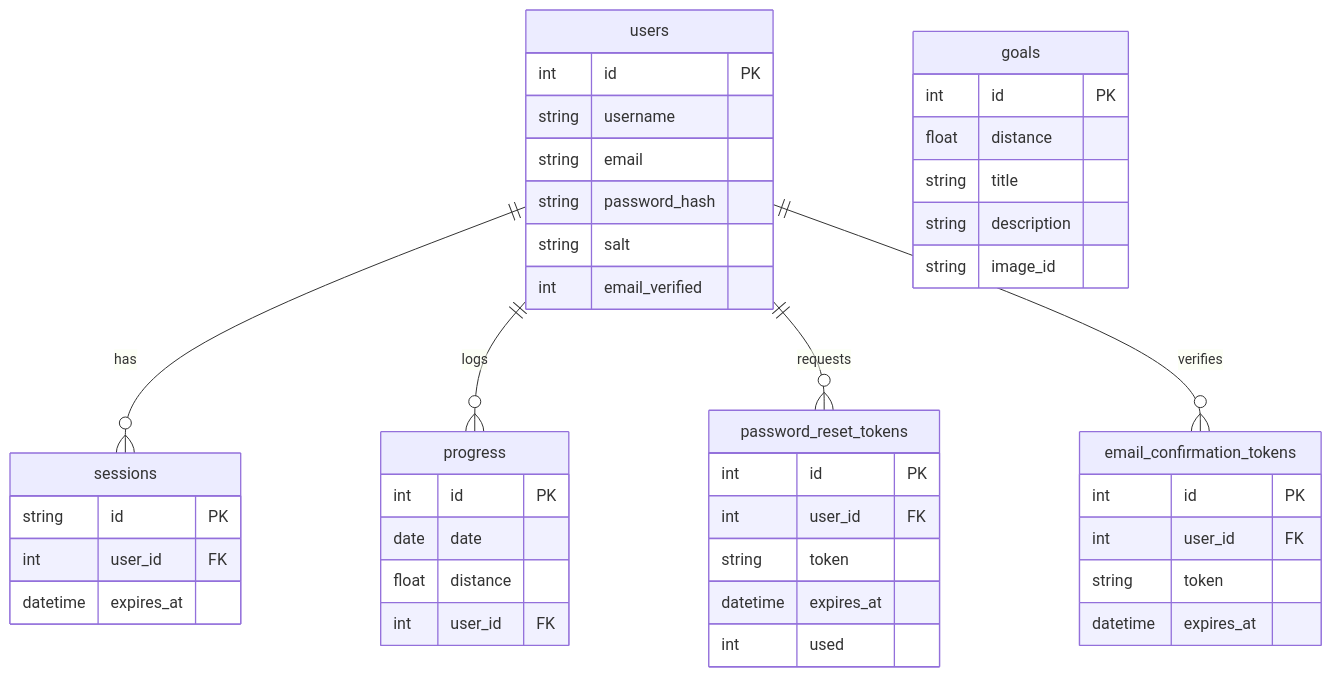
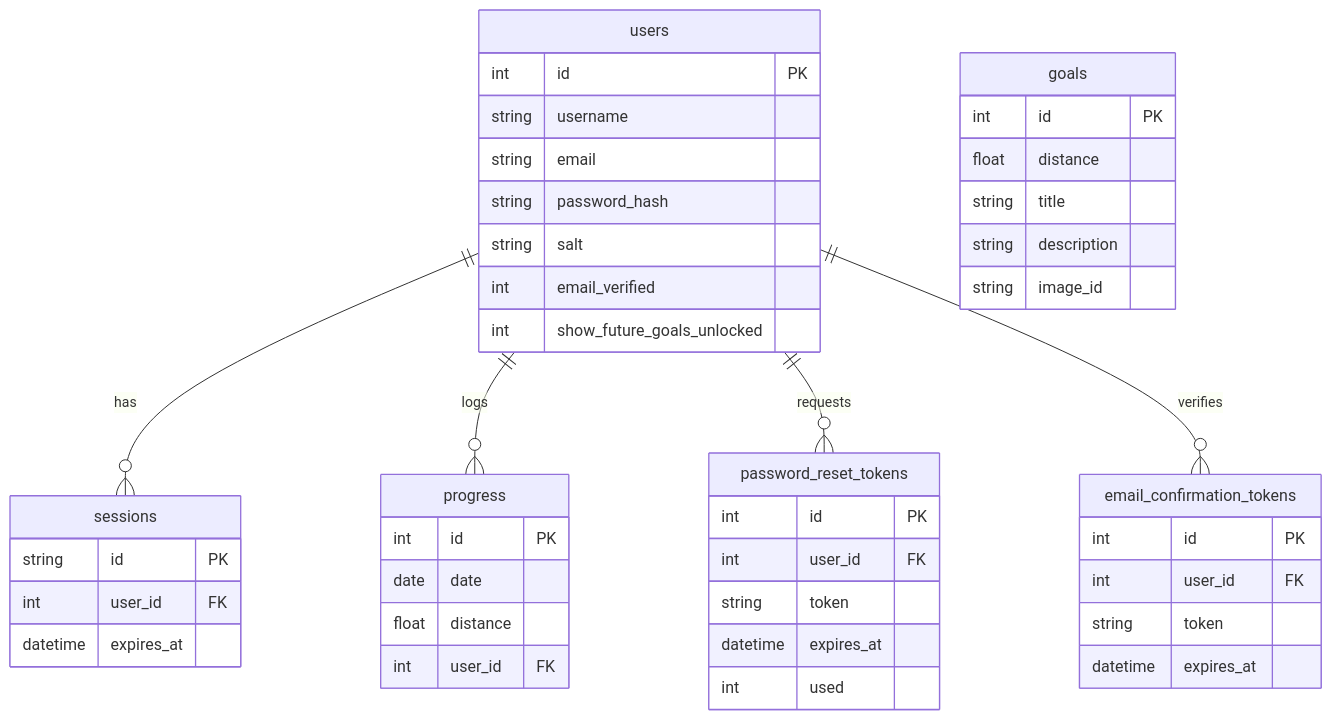
Before and after one commit to skittlz444/walk-to-mordor: the diagram in docs/data-models.md, drawn with Mermaid. The commit also changed other lines of this file and 2 other files, not shown here.

Commit message:
docs: update data-models, api-reference, and frontend-guide for preferences
- Document show_future_goals_unlocked column in data-models.md
- Document PUT /api/user/preferences in api-reference.md
- Update session response docs to include showFutureGoalsUnlocked
- Add Global Preferences Bridge section to frontend-guide.md

````diff
--- a/docs/data-models.md
+++ b/docs/data-models.md
@@ -67,52 +68,53 @@
 ```mermaid
 erDiagram
     users ||--o{ sessions : "has"
     users ||--o{ progress : "logs"
     users ||--o{ password_reset_tokens : "requests"
     users ||--o{ email_confirmation_tokens : "verifies"
     
     users {
         int id PK
         string username
         string email
         string password_hash
         string salt
         int email_verified
+        int show_future_goals_unlocked
     }
     
     sessions {
         string id PK
         int user_id FK
         datetime expires_at
     }
     
     progress {
         int id PK
         date date
         float distance
         int user_id FK
     }
     
     goals {
         int id PK
         float distance
         string title
         string description
         string image_id
     }
 
     password_reset_tokens {
         int id PK
         int user_id FK
         string token
         datetime expires_at
         int used
     }
 
     email_confirmation_tokens {
         int id PK
         int user_id FK
         string token
         datetime expires_at
     }
 ```
````
